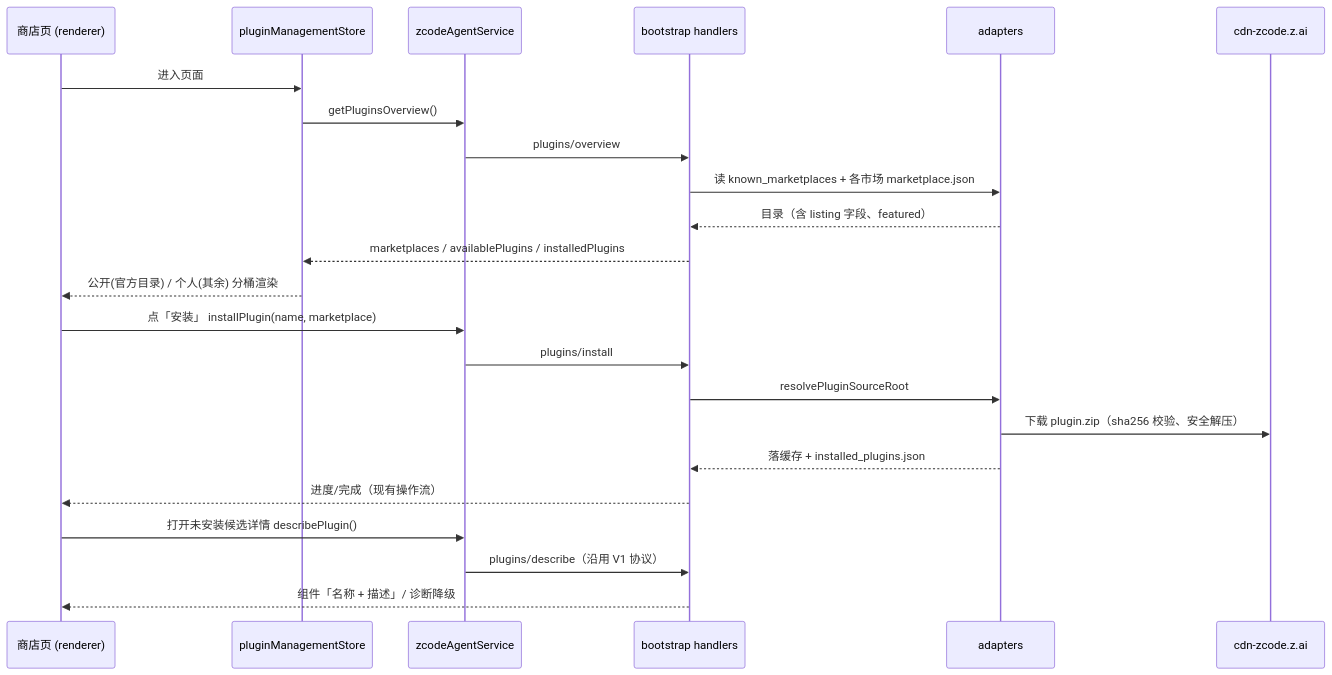
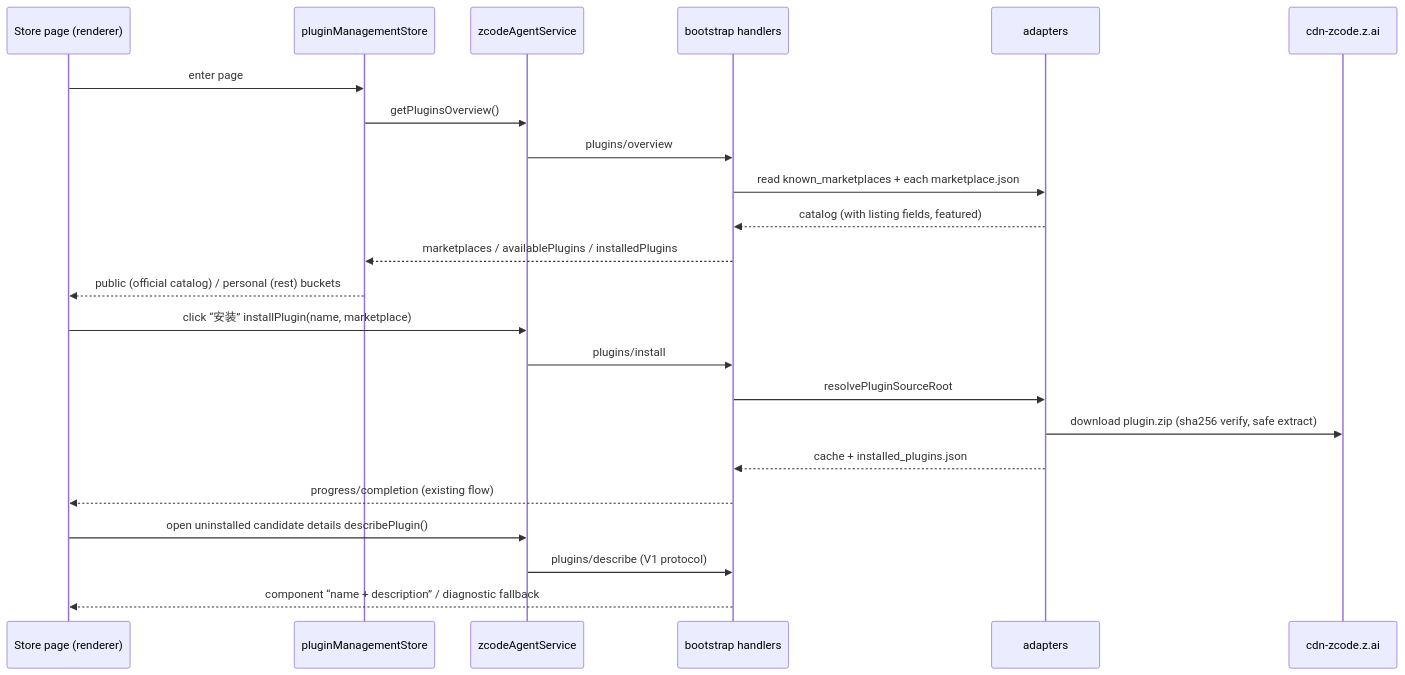
The second of 2 diagrams in docs/plugin-marketplace-ui-ux.md (osben/ZCode), drawn with Mermaid before and after one commit. The commit also changed other lines of this file and 14 other files, not shown here.

````diff
--- a/docs/plugin-marketplace-ui-ux.md
+++ b/docs/plugin-marketplace-ui-ux.md
@@ -366,28 +256,28 @@
 ```mermaid
 sequenceDiagram
-    participant UI as 商店页 (renderer)
+    participant UI as Store page (renderer)
     participant Store as pluginManagementStore
     participant Svc as zcodeAgentService
     participant Boot as bootstrap handlers
     participant Ad as adapters
     participant CDN as cdn-zcode.z.ai
 
-    UI->>Store: 进入页面
+    UI->>Store: enter page
     Store->>Svc: getPluginsOverview()
     Svc->>Boot: plugins/overview
-    Boot->>Ad: 读 known_marketplaces + 各市场 marketplace.json
-    Ad-->>Boot: 目录（含 listing 字段、featured）
+    Boot->>Ad: read known_marketplaces + each marketplace.json
+    Ad-->>Boot: catalog (with listing fields, featured)
     Boot-->>Store: marketplaces / availablePlugins / installedPlugins
-    Store-->>UI: 公开(官方目录) / 个人(其余) 分桶渲染
+    Store-->>UI: public (official catalog) / personal (rest) buckets
 
-    UI->>Svc: 点「安装」 installPlugin(name, marketplace)
+    UI->>Svc: click “安装” installPlugin(name, marketplace)
     Svc->>Boot: plugins/install
     Boot->>Ad: resolvePluginSourceRoot
-    Ad->>CDN: 下载 plugin.zip（sha256 校验、安全解压）
-    Ad-->>Boot: 落缓存 + installed_plugins.json
-    Boot-->>UI: 进度/完成（现有操作流）
+    Ad->>CDN: download plugin.zip (sha256 verify, safe extract)
+    Ad-->>Boot: cache + installed_plugins.json
+    Boot-->>UI: progress/completion (existing flow)
 
-    UI->>Svc: 打开未安装候选详情 describePlugin()
-    Svc->>Boot: plugins/describe（沿用 V1 协议）
-    Boot-->>UI: 组件「名称 + 描述」/ 诊断降级
+    UI->>Svc: open uninstalled candidate details describePlugin()
+    Svc->>Boot: plugins/describe (V1 protocol)
+    Boot-->>UI: component “name + description” / diagnostic fallback
 ```
````
